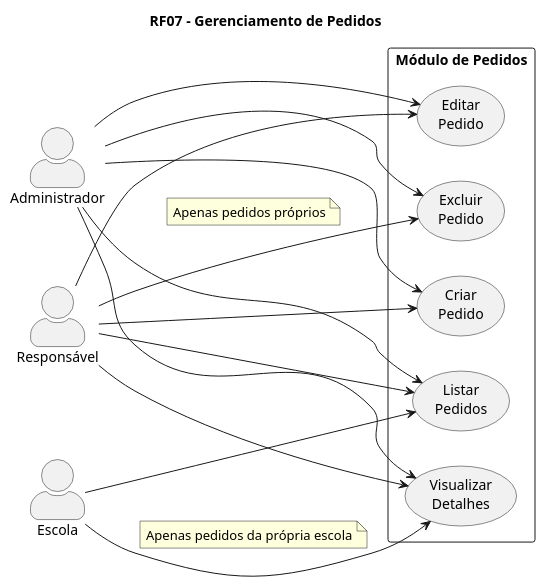
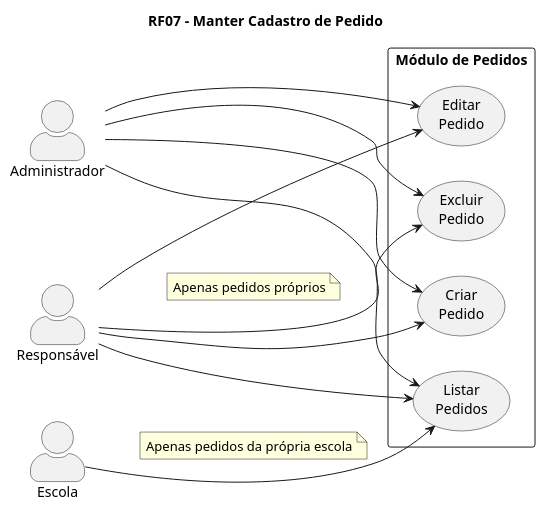
One commit to murs77r/conecta-uniforme changed the diagram in diagrams/modulo-pedidos.puml. Above: the diagram before and after it, drawn with PlantUML. The commit also changed 11 other files, not shown here.

```diff
--- a/diagrams/modulo-pedidos.puml
+++ b/diagrams/modulo-pedidos.puml
@@ -1,48 +1,44 @@
 @startuml
-' RF07 - Gerenciamento de Pedidos
+' RF07 - Manter Cadastro de Pedido
 
 left to right direction
 
 skinparam actorStyle awesome
 
-title RF07 - Gerenciamento de Pedidos
+title RF07 - Manter Cadastro de Pedido
 
 actor Administrador
 
 actor Responsável
 
 actor Escola
 
 rectangle "Módulo de Pedidos" {
     usecase "Criar\nPedido" as UC07_1
     usecase "Listar\nPedidos" as UC07_2
-    usecase "Visualizar\nDetalhes" as UC07_3
     usecase "Editar\nPedido" as UC07_4
     usecase "Excluir\nPedido" as UC07_5
 }
 
 ' Administrador - controle total
 Administrador --> UC07_1
 Administrador --> UC07_2
-Administrador --> UC07_3
 Administrador --> UC07_4
 Administrador --> UC07_5
 
 ' Responsável - gerencia seus pedidos
 Responsável --> UC07_1
 Responsável --> UC07_2
-Responsável --> UC07_3
 Responsável --> UC07_4
 Responsável --> UC07_5
 note on link
   Apenas pedidos próprios
 end note
 
 ' Escola - visualiza pedidos da escola
 Escola --> UC07_2
-Escola --> UC07_3
 note on link
   Apenas pedidos da própria escola
 end note
 
 @enduml
```
